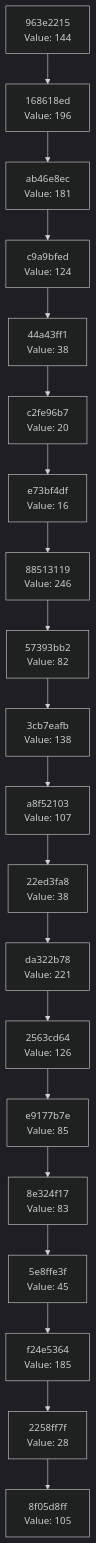
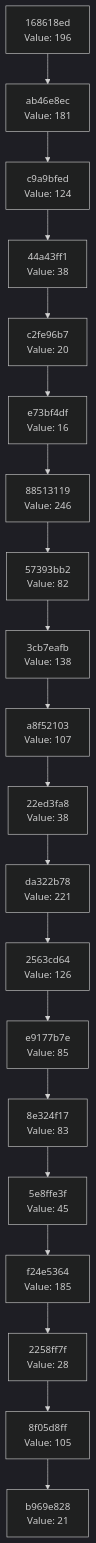
Before and after one commit to Abhisheksinha1506/hash-chain-evolver: the diagram in docs/CHAIN_VISUALIZATION.md, drawn with Mermaid (dark theme). The commit also changed 2 other files, not shown here.

Commit message:
Evolution Step

````diff
--- a/docs/CHAIN_VISUALIZATION.md
+++ b/docs/CHAIN_VISUALIZATION.md
@@ -3,42 +3,42 @@
 ```mermaid
 graph TD
-    C0["8f05d8ff<br/>Value: 105"]
-    C1["2258ff7f<br/>Value: 28"]
+    C0["b969e828<br/>Value: 21"]
+    C1["8f05d8ff<br/>Value: 105"]
     C1 --> C0
-    C2["f24e5364<br/>Value: 185"]
+    C2["2258ff7f<br/>Value: 28"]
     C2 --> C1
-    C3["5e8ffe3f<br/>Value: 45"]
+    C3["f24e5364<br/>Value: 185"]
     C3 --> C2
-    C4["8e324f17<br/>Value: 83"]
+    C4["5e8ffe3f<br/>Value: 45"]
     C4 --> C3
-    C5["e9177b7e<br/>Value: 85"]
+    C5["8e324f17<br/>Value: 83"]
     C5 --> C4
-    C6["2563cd64<br/>Value: 126"]
+    C6["e9177b7e<br/>Value: 85"]
     C6 --> C5
-    C7["da322b78<br/>Value: 221"]
+    C7["2563cd64<br/>Value: 126"]
     C7 --> C6
-    C8["22ed3fa8<br/>Value: 38"]
+    C8["da322b78<br/>Value: 221"]
     C8 --> C7
-    C9["a8f52103<br/>Value: 107"]
+    C9["22ed3fa8<br/>Value: 38"]
     C9 --> C8
-    C10["3cb7eafb<br/>Value: 138"]
+    C10["a8f52103<br/>Value: 107"]
     C10 --> C9
-    C11["57393bb2<br/>Value: 82"]
+    C11["3cb7eafb<br/>Value: 138"]
     C11 --> C10
-    C12["88513119<br/>Value: 246"]
+    C12["57393bb2<br/>Value: 82"]
     C12 --> C11
-    C13["e73bf4df<br/>Value: 16"]
+    C13["88513119<br/>Value: 246"]
     C13 --> C12
-    C14["c2fe96b7<br/>Value: 20"]
+    C14["e73bf4df<br/>Value: 16"]
     C14 --> C13
-    C15["44a43ff1<br/>Value: 38"]
+    C15["c2fe96b7<br/>Value: 20"]
     C15 --> C14
-    C16["c9a9bfed<br/>Value: 124"]
+    C16["44a43ff1<br/>Value: 38"]
     C16 --> C15
-    C17["ab46e8ec<br/>Value: 181"]
+    C17["c9a9bfed<br/>Value: 124"]
     C17 --> C16
-    C18["168618ed<br/>Value: 196"]
+    C18["ab46e8ec<br/>Value: 181"]
     C18 --> C17
-    C19["963e2215<br/>Value: 144"]
+    C19["168618ed<br/>Value: 196"]
     C19 --> C18
 ```
````
